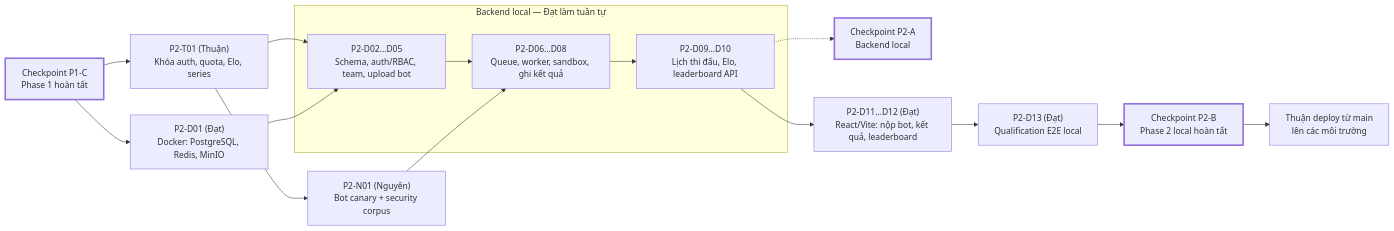
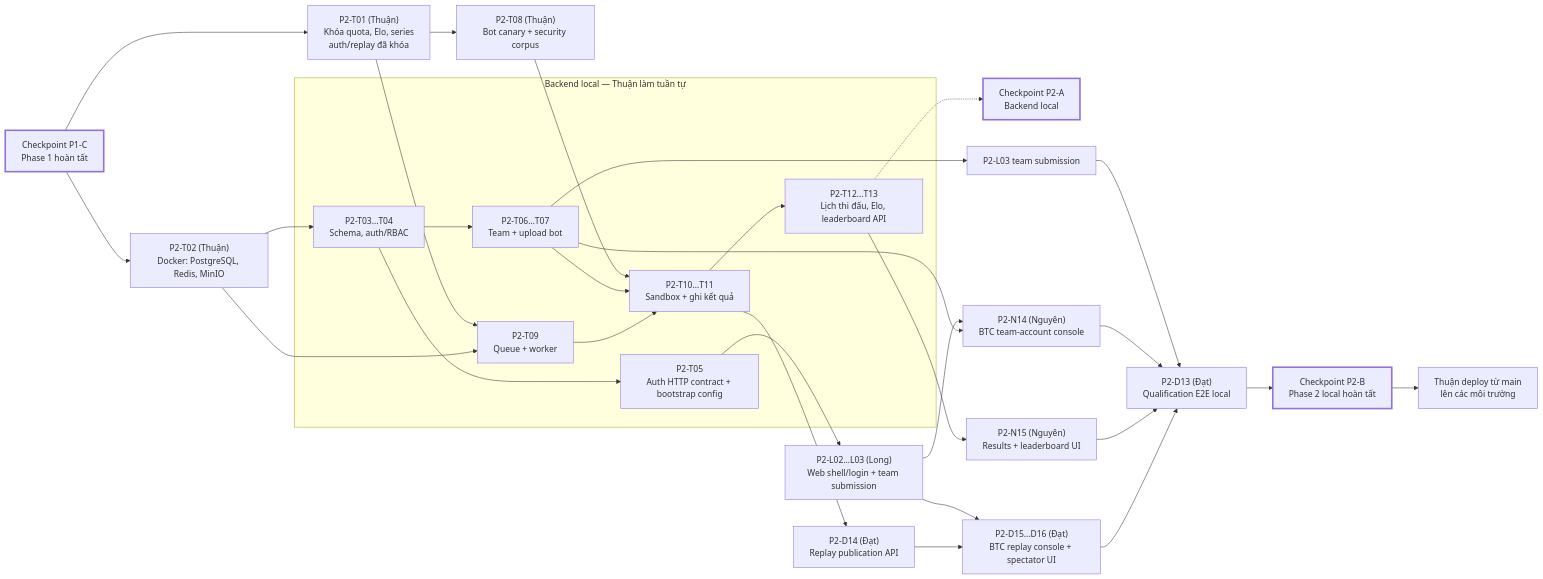
The second of 2 diagrams in docs/team-assignment-phase-1-2.md (sock1000kg/dau-giai-ott), drawn with Mermaid before and after one commit. The commit also changed other lines of this file and 11 other files, not shown here.

````diff
--- a/docs/team-assignment-phase-1-2.md
+++ b/docs/team-assignment-phase-1-2.md
@@ -128,33 +128,45 @@
 ```mermaid
 flowchart LR
     PC["Checkpoint P1-C<br/>Phase 1 hoàn tất"]
-    T21["P2-T01 (Thuận)<br/>Khóa auth, quota, Elo, series"]
-    I1["P2-D01 (Đạt)<br/>Docker: PostgreSQL, Redis, MinIO"]
-    CO["P2-N01 (Nguyên)<br/>Bot canary + security corpus"]
+    T21["P2-T01 (Thuận)<br/>Khóa quota, Elo, series<br/>auth/replay đã khóa"]
+    I1["P2-T02 (Thuận)<br/>Docker: PostgreSQL, Redis, MinIO"]
+    CO["P2-T08 (Thuận)<br/>Bot canary + security corpus"]
 
-    subgraph BE["Backend local — Đạt làm tuần tự"]
-        DB["P2-D02…D05<br/>Schema, auth/RBAC, team, upload bot"]
-        RUN["P2-D06…D08<br/>Queue, worker, sandbox, ghi kết quả"]
-        ELO["P2-D09…D10<br/>Lịch thi đấu, Elo, leaderboard API"]
+    subgraph BE["Backend local — Thuận làm tuần tự"]
+        DB["P2-T03…T04<br/>Schema, auth/RBAC"]
+        AUTHC["P2-T05<br/>Auth HTTP contract + bootstrap config"]
+        TEAM["P2-T06…T07<br/>Team + upload bot"]
+        WORKER["P2-T09<br/>Queue + worker"]
+        RUN["P2-T10…T11<br/>Sandbox + ghi kết quả"]
+        ELO["P2-T12…T13<br/>Lịch thi đấu, Elo, leaderboard API"]
     end
 
     PA2["Checkpoint P2-A<br/>Backend local"]
-    UI["P2-D11…D12 (Đạt)<br/>React/Vite: nộp bot, kết quả, leaderboard"]
+    PORTAL["P2-L02…L03 (Long)<br/>Web shell/login + team submission"]
+    ADMIN["P2-N14 (Nguyên)<br/>BTC team-account console"]
+    RESULTS["P2-N15 (Nguyên)<br/>Results + leaderboard UI"]
+    REP["P2-D14 (Đạt)<br/>Replay publication API"]
+    VIEW["P2-D15…D16 (Đạt)<br/>BTC replay console + spectator UI"]
     E2E["P2-D13 (Đạt)<br/>Qualification E2E local"]
     PB2["Checkpoint P2-B<br/>Phase 2 local hoàn tất"]
     DEP["Thuận deploy từ main<br/>lên các môi trường"]
 
     PC --> T21
     PC --> I1
-    T21 --> DB
     I1 --> DB
     T21 --> CO
-    DB --> RUN
-    CO --> RUN
+    DB --> AUTHC --> PORTAL
+    DB --> TEAM --> SUB["P2-L03 team submission"]
+    PORTAL & TEAM --> ADMIN
+    T21 & I1 --> WORKER
+    CO & TEAM & WORKER --> RUN
     RUN --> ELO
     ELO -.-> PA2
-    ELO --> UI --> E2E --> PB2 --> DEP
+    RUN --> REP
+    ELO --> RESULTS
+    PORTAL & REP --> VIEW
+    SUB & ADMIN & RESULTS & VIEW --> E2E --> PB2 --> DEP
 
     classDef gate stroke-width:3px;
     class PC,PA2,PB2 gate;
 ```
````
